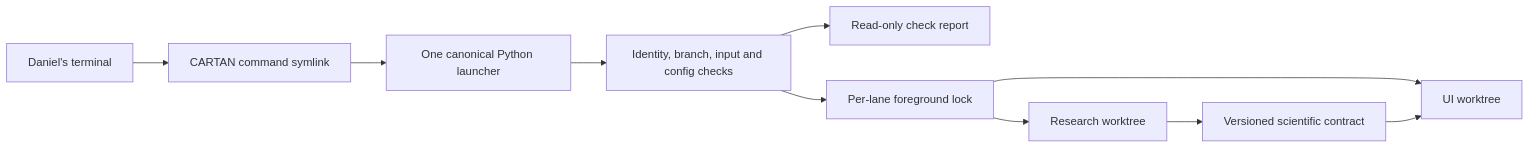
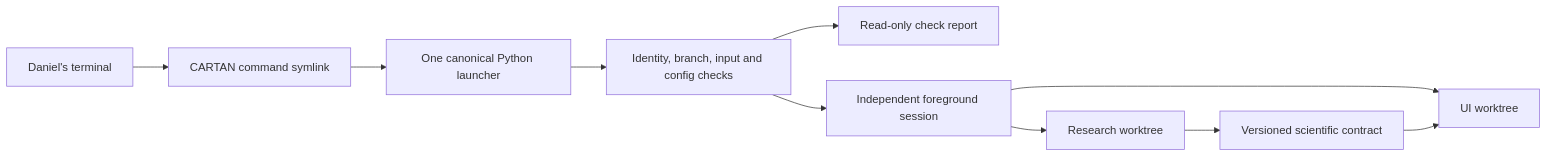
The diagram in docs/ENVIRONMENT-AUDIT.md (manfromnowhere143/cartan), drawn with Mermaid before and after one commit. The commit also changed other lines of this file and 6 other files, not shown here.

````diff
--- a/docs/ENVIRONMENT-AUDIT.md
+++ b/docs/ENVIRONMENT-AUDIT.md
@@ -116,12 +116,12 @@
 ```mermaid
 flowchart LR
   T[Daniel's terminal] --> N[CARTAN command symlink]
   N --> L[One canonical Python launcher]
   L --> G[Identity, branch, input and config checks]
   G --> C[Read-only check report]
-  G --> K[Per-lane foreground lock]
+  G --> K[Independent foreground session]
   K --> R[Research worktree]
   K --> U[UI worktree]
   R --> V[Versioned scientific contract]
   V --> U
 ```
````
